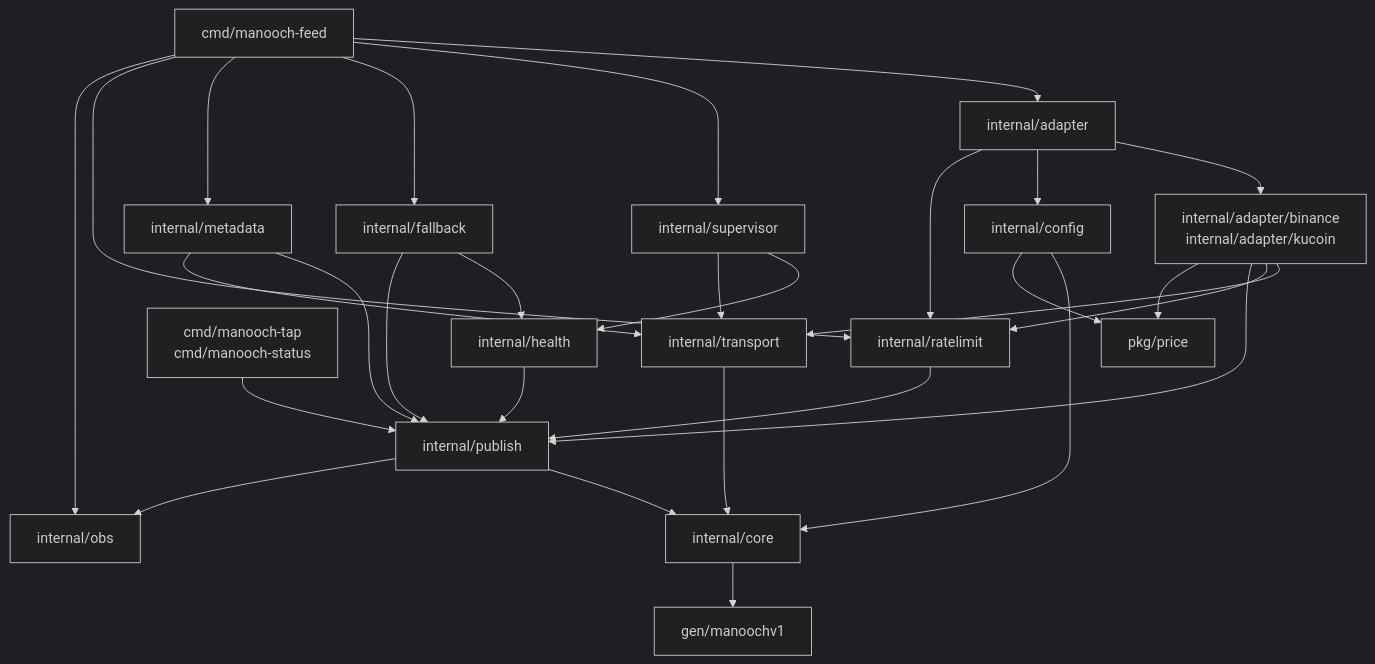
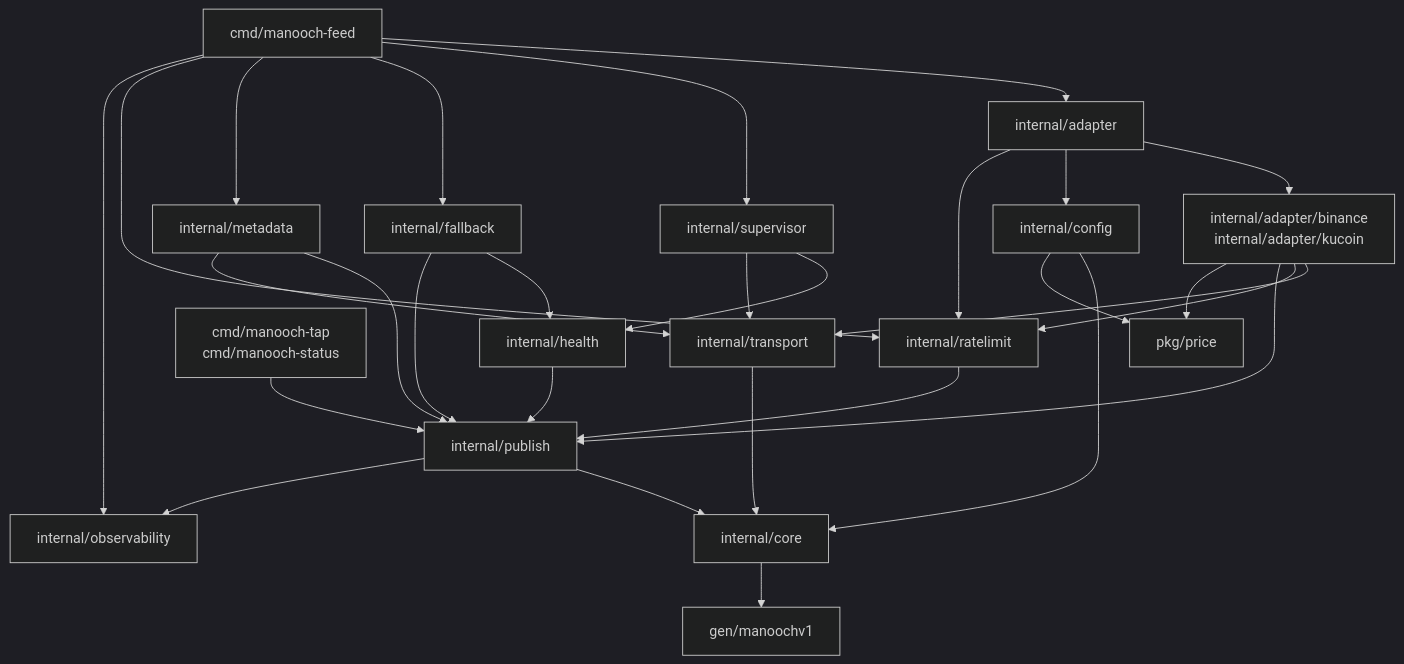
Before and after one commit to mrfatolahi1/Manooch: the first of 2 diagrams in docs/architecture.md, drawn with Mermaid (dark theme). The commit also changed other lines of this file and 75 other files, not shown here.

````diff
--- a/docs/architecture.md
+++ b/docs/architecture.md
@@ -48,31 +48,31 @@
 ```mermaid
 graph TD
   feed["cmd/manooch-feed"] --> adapter["internal/adapter"]
   feed --> supervisor["internal/supervisor"]
   feed --> fallback["internal/fallback"]
   feed --> metadata["internal/metadata"]
   feed --> ratelimit["internal/ratelimit"]
-  feed --> obs["internal/obs"]
+  feed --> observability["internal/observability"]
   cli["cmd/manooch-tap<br/>cmd/manooch-status"] --> publish["internal/publish"]
   adapter --> venues["internal/adapter/binance<br/>internal/adapter/kucoin"]
   adapter --> config["internal/config"]
   adapter --> ratelimit
   venues --> transport["internal/transport"]
   venues --> ratelimit
   venues --> publish
   venues --> price["pkg/price"]
   supervisor --> health["internal/health"]
   supervisor --> transport
   fallback --> health
   fallback --> publish
   metadata --> publish
   metadata --> transport
   ratelimit --> publish
   health --> publish
   transport --> core["internal/core"]
   config --> core
   config --> price
   publish --> core
-  publish --> obs
+  publish --> observability
   core --> gen["gen/manoochv1"]
 ```
````
